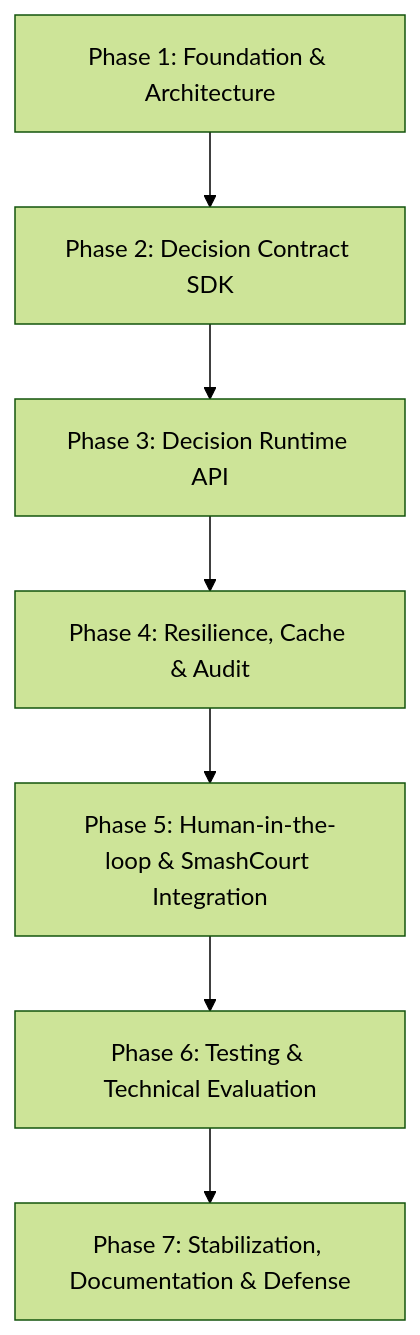
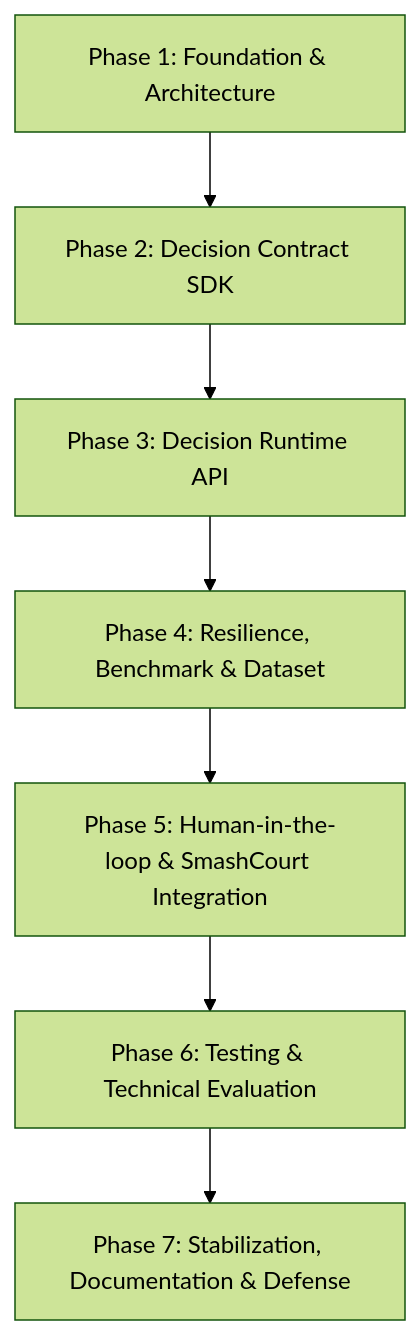
The diagram in docs/planning/PROJECT_WBS_MAPPING.md (NguyenThanhTrung-N2T/TrustworthyAdaptiveDecisionSupportSystem-TADSS), drawn with Mermaid (forest theme) before and after one commit. The commit also changed other lines of this file and 31 other files, not shown here.

````diff
--- a/docs/planning/PROJECT_WBS_MAPPING.md
+++ b/docs/planning/PROJECT_WBS_MAPPING.md
@@ -168,9 +164,9 @@
 ```mermaid
 flowchart TD
     Phase1[Phase 1: Foundation & Architecture] --> Phase2[Phase 2: Decision Contract SDK]
     Phase2 --> Phase3[Phase 3: Decision Runtime API]
-    Phase3 --> Phase4[Phase 4: Resilience, Cache & Audit]
+    Phase3 --> Phase4[Phase 4: Resilience, Benchmark & Dataset]
     Phase4 --> Phase5[Phase 5: Human-in-the-loop & SmashCourt Integration]
     Phase5 --> Phase6[Phase 6: Testing & Technical Evaluation]
     Phase6 --> Phase7[Phase 7: Stabilization, Documentation & Defense]
 ```
````
